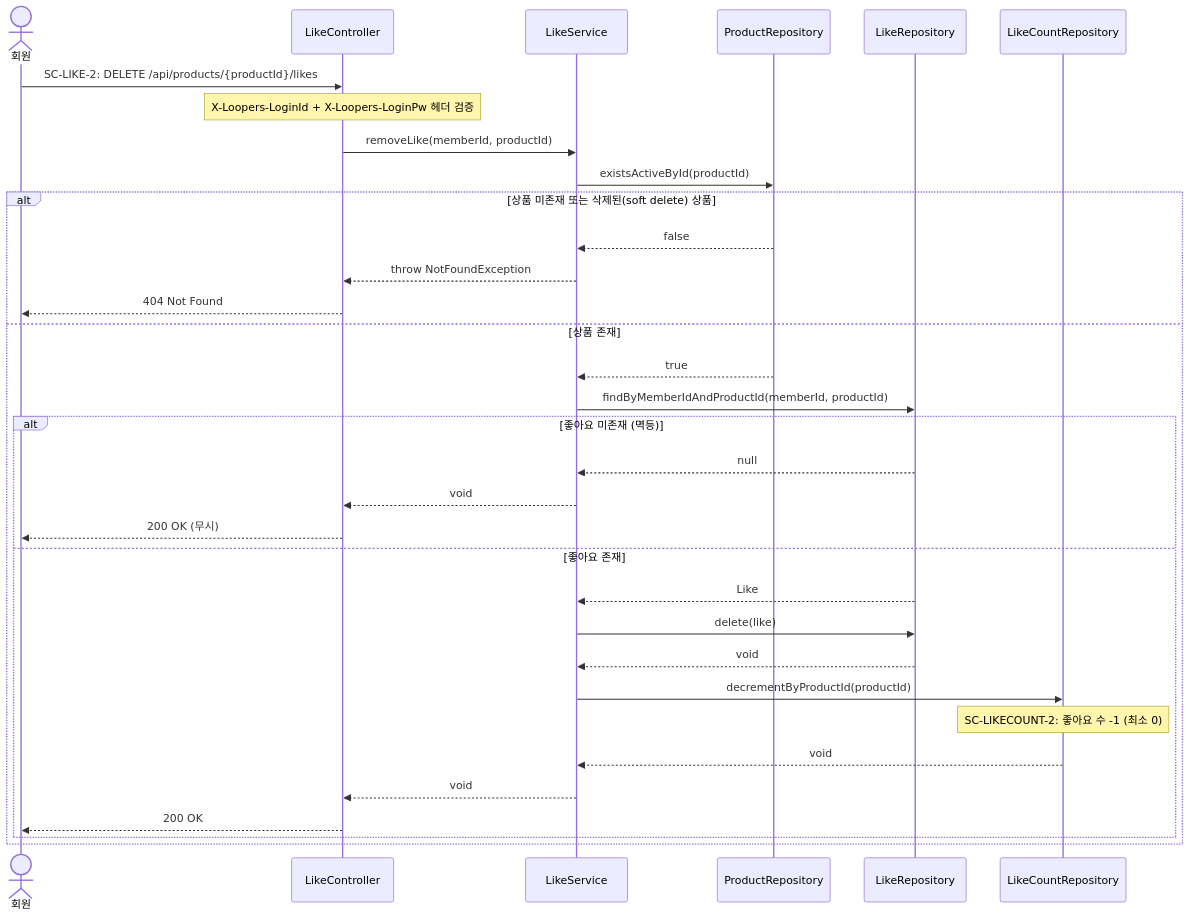
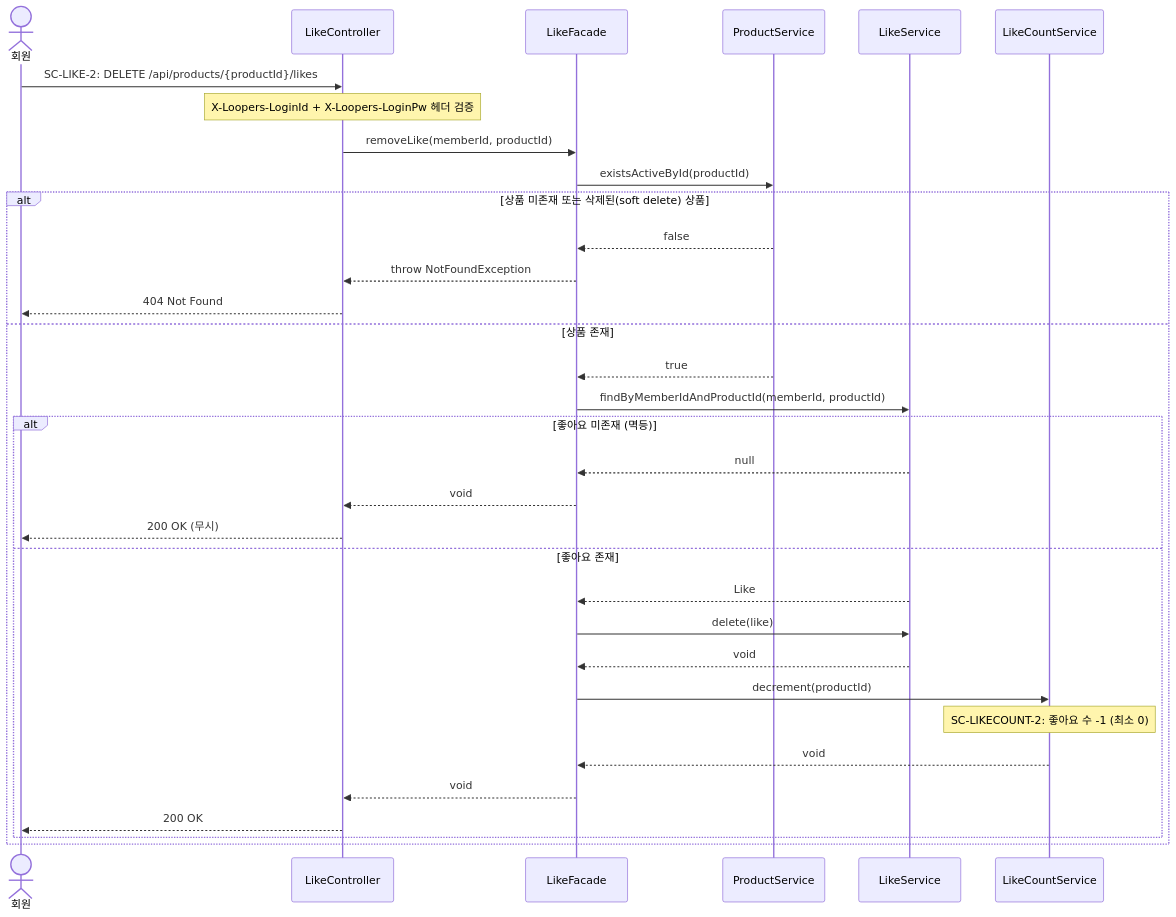
One commit to loopers-labs/loop-pack-be-l2-vol4-kotlin changed diagram 26 of 41 in docs/02-sequence-diagrams.md. Above: the diagram before and after it, drawn with Mermaid. The commit also changed other lines of this file and 2 other files, not shown here.

Commit message:
:memo: 3차 클래스 다이어그램 일단 완료

````diff
--- a/docs/02-sequence-diagrams.md
+++ b/docs/02-sequence-diagrams.md
@@ -791,38 +796,38 @@
 ```mermaid
 sequenceDiagram
     actor Member as 회원
     participant Controller as LikeController
-    participant Service as LikeService
-    participant ProductRepo as ProductRepository
-    participant LikeRepo as LikeRepository
-    participant LikeCountRepo as LikeCountRepository
+    participant Facade as LikeFacade
+    participant ProductService as ProductService
+    participant LikeService as LikeService
+    participant LikeCountService as LikeCountService
 
     Member->>Controller: SC-LIKE-2: DELETE /api/products/{productId}/likes
     Note over Controller: X-Loopers-LoginId + X-Loopers-LoginPw 헤더 검증
 
-    Controller->>Service: removeLike(memberId, productId)
-    Service->>ProductRepo: existsActiveById(productId)
+    Controller->>Facade: removeLike(memberId, productId)
+    Facade->>ProductService: existsActiveById(productId)
 
     alt 상품 미존재 또는 삭제된(soft delete) 상품
-        ProductRepo-->>Service: false
-        Service-->>Controller: throw NotFoundException
+        ProductService-->>Facade: false
+        Facade-->>Controller: throw NotFoundException
         Controller-->>Member: 404 Not Found
     else 상품 존재
-        ProductRepo-->>Service: true
-        Service->>LikeRepo: findByMemberIdAndProductId(memberId, productId)
+        ProductService-->>Facade: true
+        Facade->>LikeService: findByMemberIdAndProductId(memberId, productId)
         alt 좋아요 미존재 (멱등)
-            LikeRepo-->>Service: null
-            Service-->>Controller: void
+            LikeService-->>Facade: null
+            Facade-->>Controller: void
             Controller-->>Member: 200 OK (무시)
         else 좋아요 존재
-            LikeRepo-->>Service: Like
-            Service->>LikeRepo: delete(like)
-            LikeRepo-->>Service: void
-            Service->>LikeCountRepo: decrementByProductId(productId)
-            Note over LikeCountRepo: SC-LIKECOUNT-2: 좋아요 수 -1 (최소 0)
-            LikeCountRepo-->>Service: void
-            Service-->>Controller: void
+            LikeService-->>Facade: Like
+            Facade->>LikeService: delete(like)
+            LikeService-->>Facade: void
+            Facade->>LikeCountService: decrement(productId)
+            Note over LikeCountService: SC-LIKECOUNT-2: 좋아요 수 -1 (최소 0)
+            LikeCountService-->>Facade: void
+            Facade-->>Controller: void
             Controller-->>Member: 200 OK
         end
     end
 ```
````
